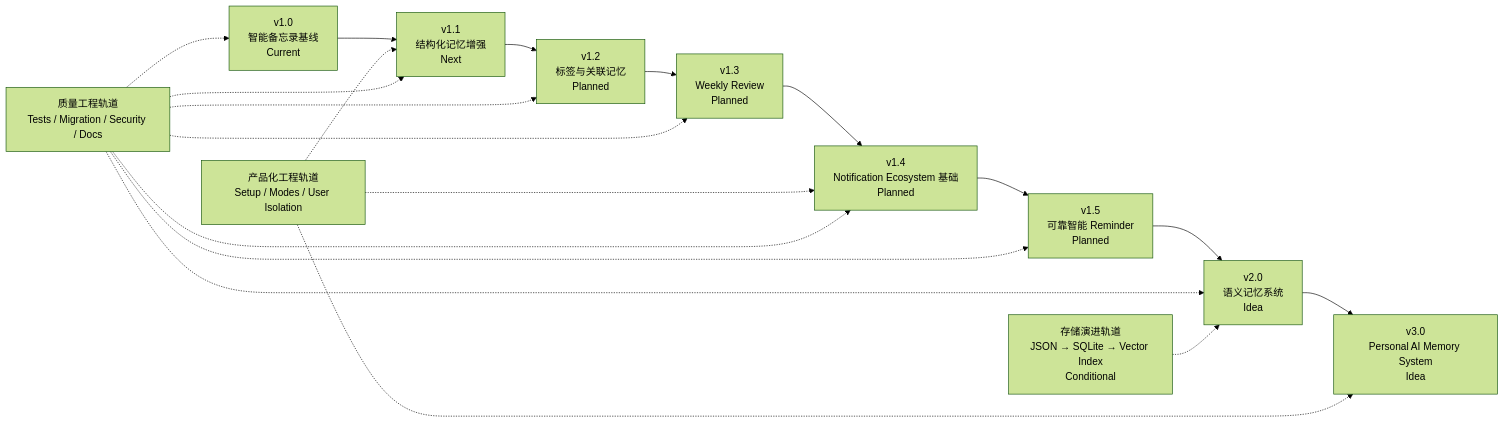
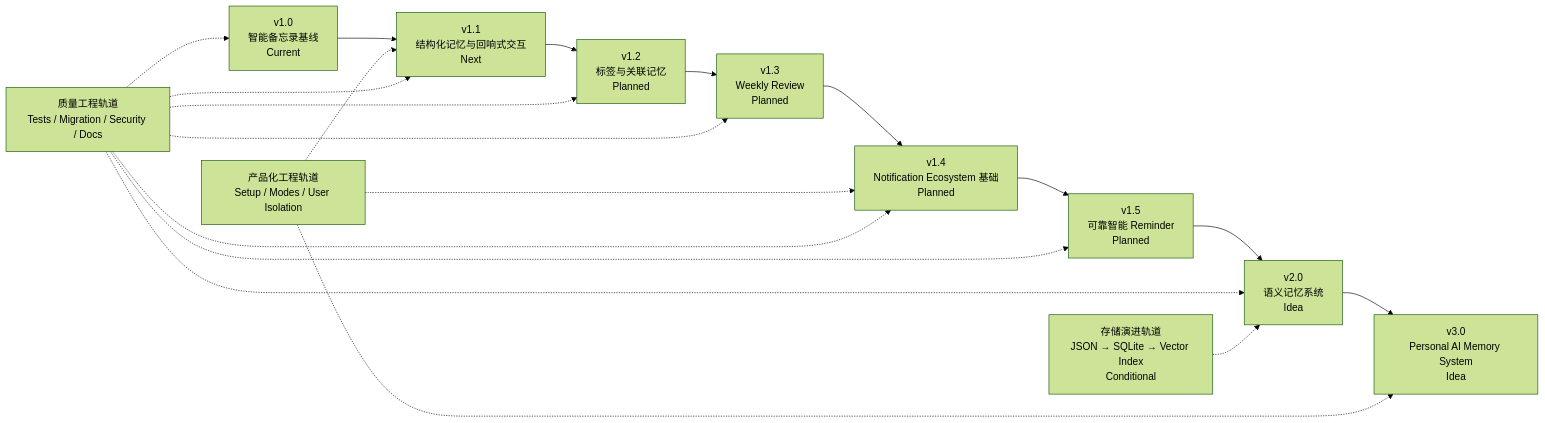
One commit to Vegetableadog/hermes-recall changed the first of 2 diagrams in docs/04-development-roadmap.md. Above: the diagram before and after it, drawn with Mermaid (forest theme). The commit also changed other lines of this file and 3 other files, not shown here.

````diff
--- a/docs/04-development-roadmap.md
+++ b/docs/04-development-roadmap.md
@@ -90,29 +90,29 @@
 ```mermaid
 flowchart LR
     V10[v1.0<br/>智能备忘录基线<br/>Current]
-    V11[v1.1<br/>结构化记忆增强<br/>Next]
+    V11[v1.1<br/>结构化记忆与回响式交互<br/>Next]
     V12[v1.2<br/>标签与关联记忆<br/>Planned]
     V13[v1.3<br/>Weekly Review<br/>Planned]
     V14[v1.4<br/>Notification Ecosystem 基础<br/>Planned]
     V15[v1.5<br/>可靠智能 Reminder<br/>Planned]
     V20[v2.0<br/>语义记忆系统<br/>Idea]
     V30[v3.0<br/>Personal AI Memory System<br/>Idea]
 
     V10 --> V11 --> V12 --> V13 --> V14 --> V15 --> V20 --> V30
 
     Productization[产品化工程轨道<br/>Setup / Modes / User Isolation]
     Quality[质量工程轨道<br/>Tests / Migration / Security / Docs]
     Storage[存储演进轨道<br/>JSON → SQLite → Vector Index<br/>Conditional]
 
     Productization -.-> V11
     Productization -.-> V14
     Productization -.-> V30
     Quality -.-> V10
     Quality -.-> V11
     Quality -.-> V12
     Quality -.-> V13
     Quality -.-> V14
     Quality -.-> V15
     Quality -.-> V20
     Storage -.-> V20
 ```
````
